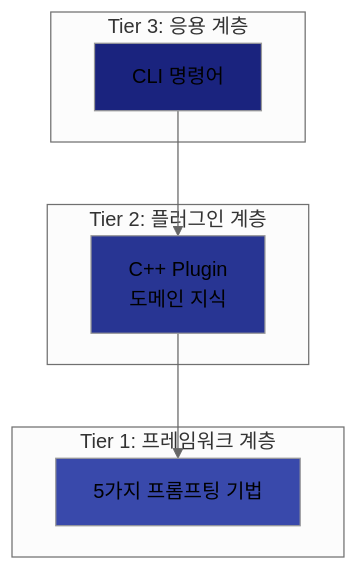
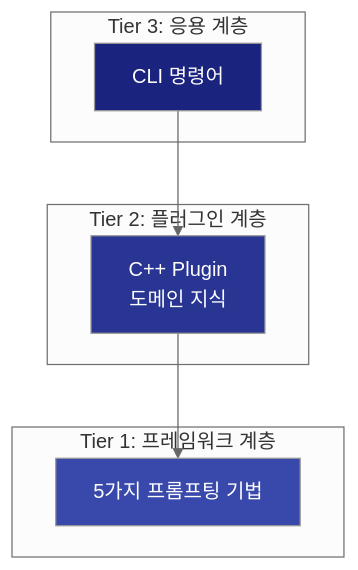
The fourth of 6 diagrams in docs/guides/getting-started/01-introduction.md (ApeachM/llm-code-reviewer), drawn with Mermaid (neutral theme) before and after one commit. The commit also changed other lines of this file and 2 other files, not shown here.

First line of the commit message:
docs: Update Mermaid diagram colors for improved dark theme readability

````diff
--- a/docs/guides/getting-started/01-introduction.md
+++ b/docs/guides/getting-started/01-introduction.md
@@ -245,21 +245,21 @@
 ```mermaid
 graph TB
     subgraph "Tier 3: 응용 계층"
         CLI[CLI 명령어]
     end
 
     subgraph "Tier 2: 플러그인 계층"
         Plugin[C++ Plugin<br/>도메인 지식]
     end
 
     subgraph "Tier 1: 프레임워크 계층"
         Framework[5가지 프롬프팅 기법]
     end
 
     CLI --> Plugin
     Plugin --> Framework
 
-    style CLI fill:#1a237e
-    style Plugin fill:#283593
-    style Framework fill:#3949ab
+    style CLI fill:#1a237e,color:#fff
+    style Plugin fill:#283593,color:#fff
+    style Framework fill:#3949ab,color:#fff
 ```
````
